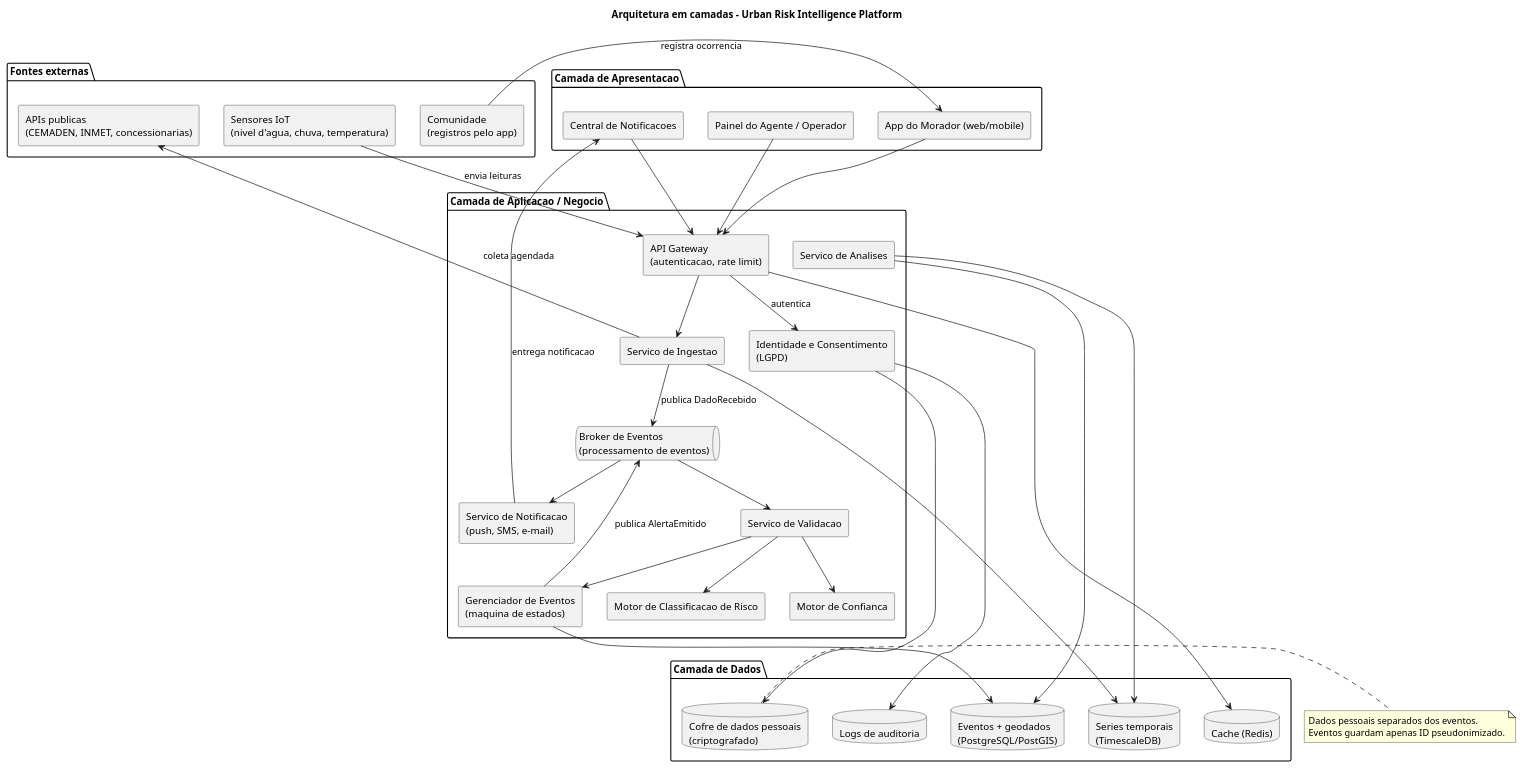
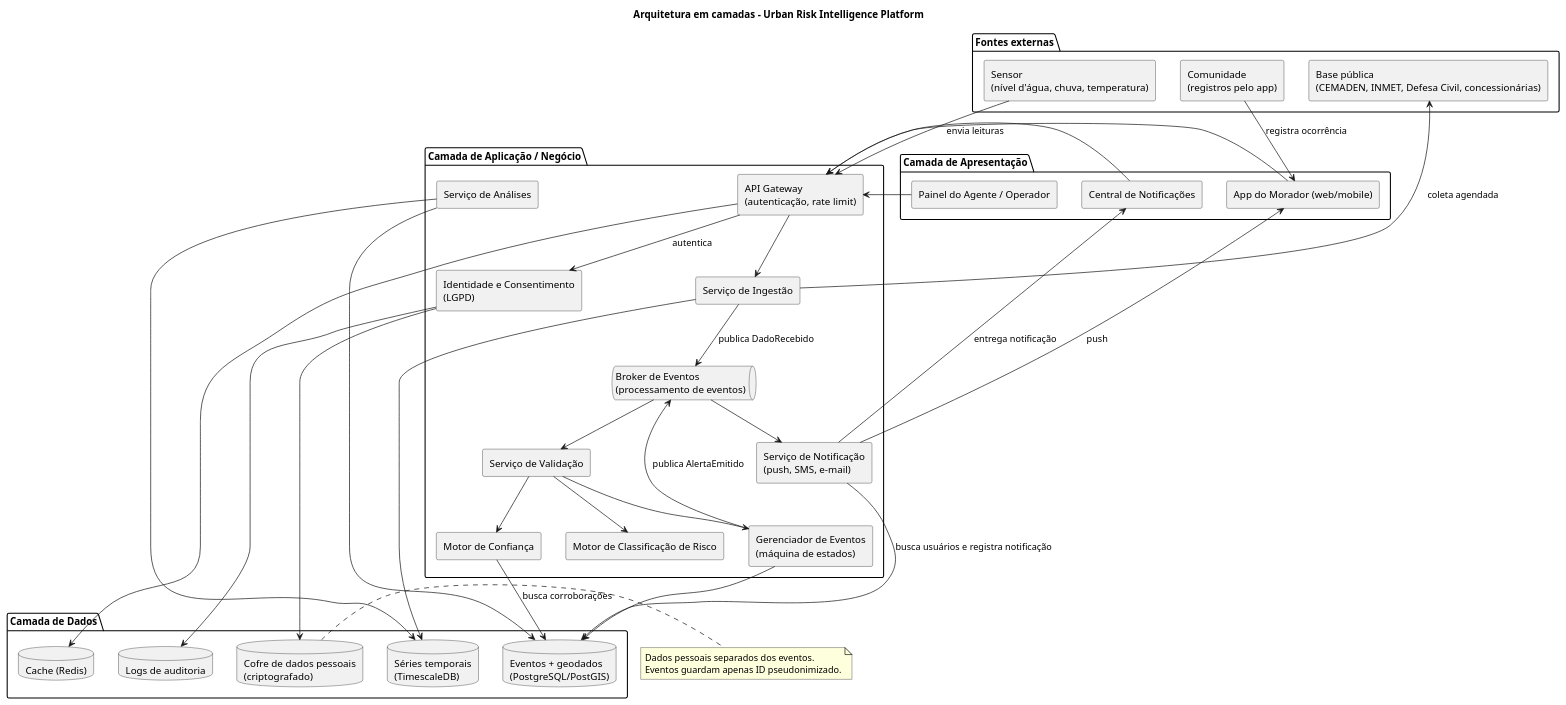
Before and after one commit to IsaacEmerick/urban-risk-platform: the diagram in docs/diagramas/arquitetura.puml, drawn with PlantUML. The commit also changed 7 other files, not shown here.

First line of the commit message:
Diagramas revisados, com acentos e PNG renderizados

```diff
--- a/docs/diagramas/arquitetura.puml
+++ b/docs/diagramas/arquitetura.puml
@@ -1,66 +1,69 @@
 @startuml arquitetura
 title Arquitetura em camadas - Urban Risk Intelligence Platform
 skinparam componentStyle rectangle
 
 package "Fontes externas" {
-  [Sensores IoT\n(nivel d'agua, chuva, temperatura)] as S
-  [APIs publicas\n(CEMADEN, INMET, concessionarias)] as API
+  [Sensor\n(nível d'água, chuva, temperatura)] as S
+  [Base pública\n(CEMADEN, INMET, Defesa Civil, concessionárias)] as API
   [Comunidade\n(registros pelo app)] as COM
 }
 
-package "Camada de Apresentacao" {
+package "Camada de Apresentação" {
   [App do Morador (web/mobile)] as APP
   [Painel do Agente / Operador] as PAINEL
-  [Central de Notificacoes] as CNUI
+  [Central de Notificações] as CNUI
 }
 
-package "Camada de Aplicacao / Negocio" {
-  [API Gateway\n(autenticacao, rate limit)] as GW
-  [Servico de Ingestao] as ING
+package "Camada de Aplicação / Negócio" {
+  [API Gateway\n(autenticação, rate limit)] as GW
+  [Serviço de Ingestão] as ING
   queue "Broker de Eventos\n(processamento de eventos)" as BR
-  [Servico de Validacao] as VAL
-  [Motor de Confianca] as CONF
-  [Motor de Classificacao de Risco] as RISK
-  [Gerenciador de Eventos\n(maquina de estados)] as EV
-  [Servico de Notificacao\n(push, SMS, e-mail)] as NOT
-  [Servico de Analises] as ANA
+  [Serviço de Validação] as VAL
+  [Motor de Confiança] as CONF
+  [Motor de Classificação de Risco] as RISK
+  [Gerenciador de Eventos\n(máquina de estados)] as EV
+  [Serviço de Notificação\n(push, SMS, e-mail)] as NOT
+  [Serviço de Análises] as ANA
   [Identidade e Consentimento\n(LGPD)] as IAM
 }
 
 package "Camada de Dados" {
   database "Eventos + geodados\n(PostgreSQL/PostGIS)" as DB
-  database "Series temporais\n(TimescaleDB)" as TS
+  database "Séries temporais\n(TimescaleDB)" as TS
   database "Cofre de dados pessoais\n(criptografado)" as PII
   database "Logs de auditoria" as LOG
   database "Cache (Redis)" as CACHE
 }
 
-COM --> APP : registra ocorrencia
+COM --> APP : registra ocorrência
 S --> GW : envia leituras
 ING --> API : coleta agendada
 APP --> GW
 PAINEL --> GW
 CNUI --> GW
 GW --> IAM : autentica
 GW --> ING
 GW --> CACHE
 ING --> BR : publica DadoRecebido
 ING --> TS
 BR --> VAL
 VAL --> CONF
 VAL --> RISK
 VAL --> EV
+CONF --> DB : busca corroborações
 EV --> DB
 EV --> BR : publica AlertaEmitido
 BR --> NOT
-NOT --> CNUI : entrega notificacao
+NOT --> DB : busca usuários e registra notificação
+NOT --> APP : push
+NOT --> CNUI : entrega notificação
 ANA --> DB
 ANA --> TS
 IAM --> PII
 IAM --> LOG
 
 note right of PII
   Dados pessoais separados dos eventos.
   Eventos guardam apenas ID pseudonimizado.
 end note
 @enduml
```
